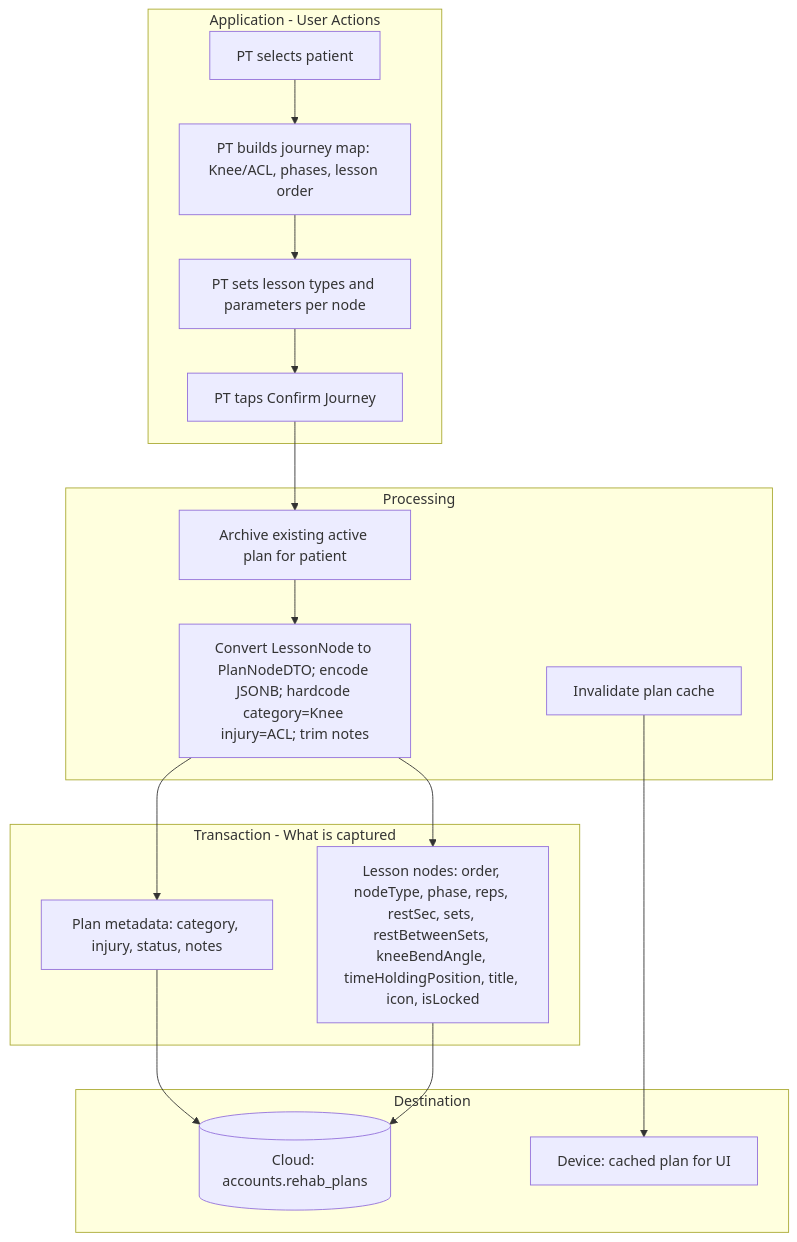
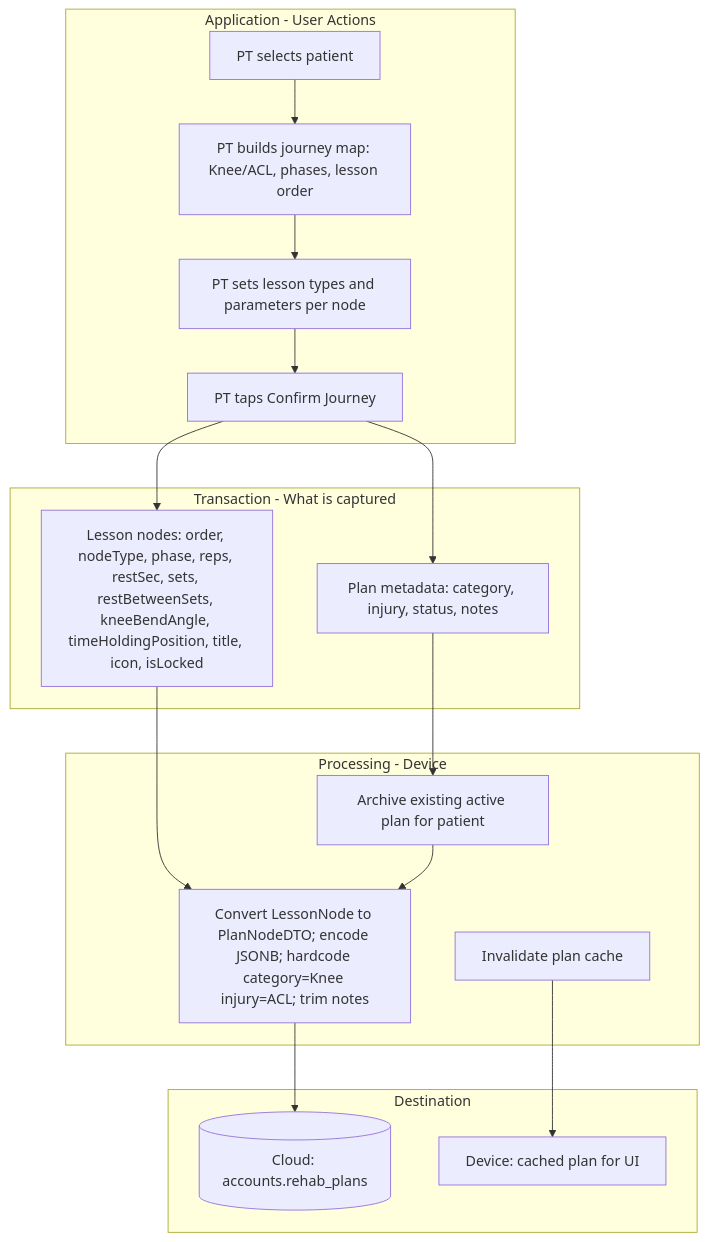
One commit to seanja5/realrehab-mvp changed the first of 8 diagrams in docs/DATA_FLOW.md. Above: the diagram before and after it, drawn with Mermaid. The commit also changed other lines of this file, not shown here.

First line of the commit message:
docs: clarify device vs cloud processing in DATA_FLOW module flows

````diff
--- a/docs/DATA_FLOW.md
+++ b/docs/DATA_FLOW.md
@@ -123,32 +129,34 @@
 ```mermaid
 flowchart TB
     subgraph appB [Application - User Actions]
         AB1[PT selects patient]
         AB2[PT builds journey map: Knee/ACL, phases, lesson order]
         AB3[PT sets lesson types and parameters per node]
         AB4[PT taps Confirm Journey]
     end
 
-    subgraph procB [Processing]
+    subgraph txB [Transaction - What is captured]
+        TB1[Plan metadata: category, injury, status, notes]
+        TB2[Lesson nodes: order, nodeType, phase, reps, restSec, sets, restBetweenSets, kneeBendAngle, timeHoldingPosition, title, icon, isLocked]
+    end
+
+    subgraph procB [Processing - Device]
         PB1[Archive existing active plan for patient]
         PB2[Convert LessonNode to PlanNodeDTO; encode JSONB; hardcode category=Knee injury=ACL; trim notes]
         PB3[Invalidate plan cache]
-    end
-
-    subgraph txB [Transaction - What is captured]
-        TB1[Plan metadata: category, injury, status, notes]
-        TB2[Lesson nodes: order, nodeType, phase, reps, restSec, sets, restBetweenSets, kneeBendAngle, timeHoldingPosition, title, icon, isLocked]
     end
 
     subgraph destB [Destination]
         DB1[(Cloud: accounts.rehab_plans)]
         DB2[Device: cached plan for UI]
     end
 
     AB1 --> AB2 --> AB3 --> AB4
-    AB4 --> PB1 --> PB2 --> TB1
-    PB2 --> TB2
-    TB1 --> DB1
-    TB2 --> DB1
+    AB4 --> TB1
+    AB4 --> TB2
+    TB1 --> PB1
+    TB2 --> PB2
+    PB1 --> PB2
+    PB2 --> DB1
     PB3 --> DB2
 ```
````
